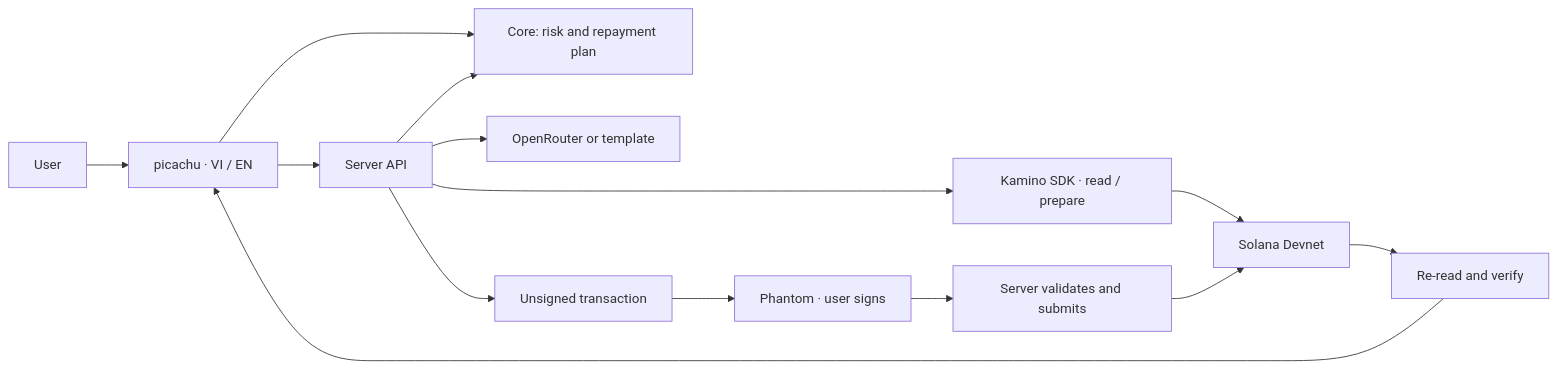
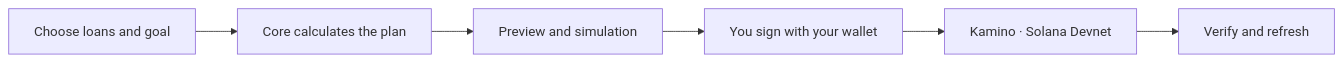
Before and after one commit to 2274802010922/BorrowRiskRepaymentAssistantVietNam: the diagram in README.en.md, drawn with Mermaid. The commit also changed other lines of this file and 69 other files, not shown here.

````diff
--- a/README.en.md
+++ b/README.en.md
@@ -125,16 +81,8 @@
 ```mermaid
 flowchart LR
-    U["User"] --> UI["picachu · VI / EN"]
-    UI --> C["Core: risk and repayment plan"]
-    UI --> API["Server API"]
-    API --> C
-    API --> AI["OpenRouter or template"]
-    API --> K["Kamino SDK · read / prepare"]
-    K --> D["Solana Devnet"]
-    API --> P["Unsigned transaction"]
-    P --> W["Phantom · user signs"]
-    W --> S["Server validates and submits"]
-    S --> D
-    D --> V["Re-read and verify"]
-    V --> UI
+    U["Choose loans and goal"] --> P["Core calculates the plan"]
+    P --> Q["Preview and simulation"]
+    Q --> W["You sign with your wallet"]
+    W --> K["Kamino · Solana Devnet"]
+    K --> R["Verify and refresh"]
 ```
````
